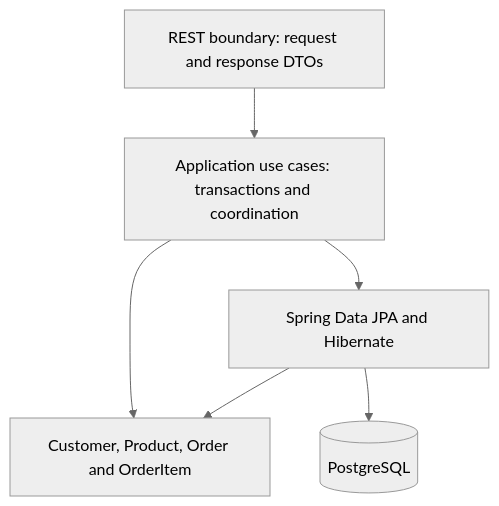
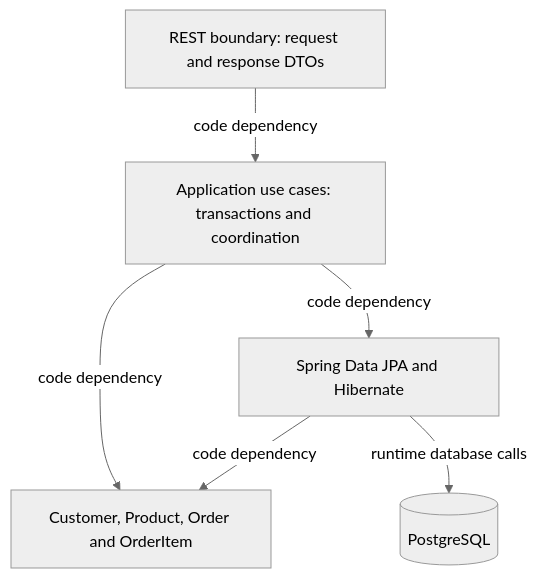
One commit to uvormbrock/agentic-order-service changed the second of 2 diagrams in docs/02-architecture/system-architecture.md. Above: the diagram before and after it, drawn with Mermaid (neutral theme). The commit also changed other lines of this file and 4 other files, not shown here.

````diff
--- a/docs/02-architecture/system-architecture.md
+++ b/docs/02-architecture/system-architecture.md
@@ -34,13 +55,13 @@
 ```mermaid
 flowchart TB
     REST["REST boundary: request and response DTOs"]
     APP["Application use cases: transactions and coordination"]
     DOMAIN["Customer, Product, Order and OrderItem"]
     DATA["Spring Data JPA and Hibernate"]
     DB[("PostgreSQL")]
-    REST --> APP
-    APP --> DOMAIN
-    APP --> DATA
-    DATA --> DOMAIN
-    DATA --> DB
+    REST -->|code dependency| APP
+    APP -->|code dependency| DOMAIN
+    APP -->|code dependency| DATA
+    DATA -->|code dependency| DOMAIN
+    DATA -->|runtime database calls| DB
 ```
````
